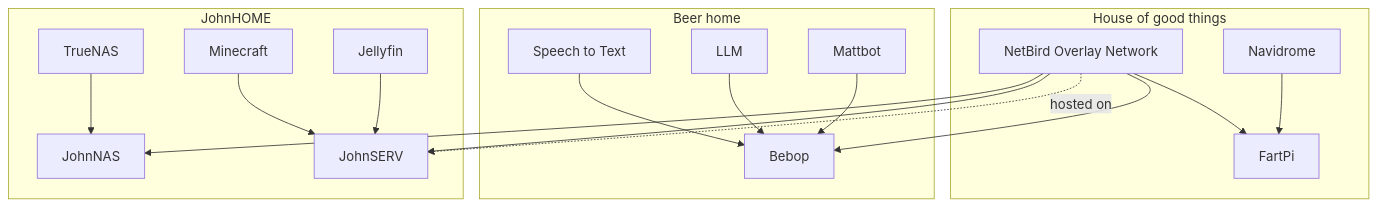
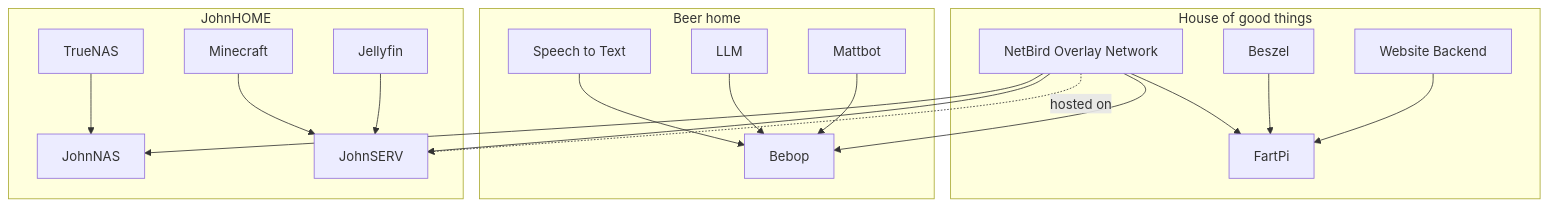
Before and after one commit to Tyler-Schwenk/house-of-good-things: the third of 3 diagrams in docs/BirdWideWeb.md, drawn with Mermaid. The commit also changed other lines of this file and 13 other files, not shown here.

````diff
--- a/docs/BirdWideWeb.md
+++ b/docs/BirdWideWeb.md
@@ -88,38 +89,40 @@
 ```mermaid
 flowchart TB
 
 subgraph "House of good things"
     FartPi[FartPi]
-    Navidrome
-    Navidrome --> FartPi
+    WebsiteBackend[Website Backend]
+    Beszel
+    WebsiteBackend --> FartPi
+    Beszel --> FartPi
     NetBird --> FartPi
 end
 
 subgraph "Beer home"
     Bebop[Bebop]
     Mattbot
     LLM
     STT[Speech to Text]
 
     Mattbot --> Bebop
     LLM --> Bebop
     STT --> Bebop
     NetBird --> Bebop
 end
 
 subgraph "JohnHOME"
     JohnNAS[JohnNAS]
     TrueNAS
     JohnSERV[JohnSERV]
     NetBird[NetBird Overlay Network]
     Jellyfin
     Minecraft
 
     TrueNAS --> JohnNAS
     Jellyfin --> JohnSERV
     Minecraft --> JohnSERV
     NetBird -. hosted on .-> JohnSERV
     NetBird --> JohnNAS
     NetBird --> JohnSERV
 end
 ```
````
